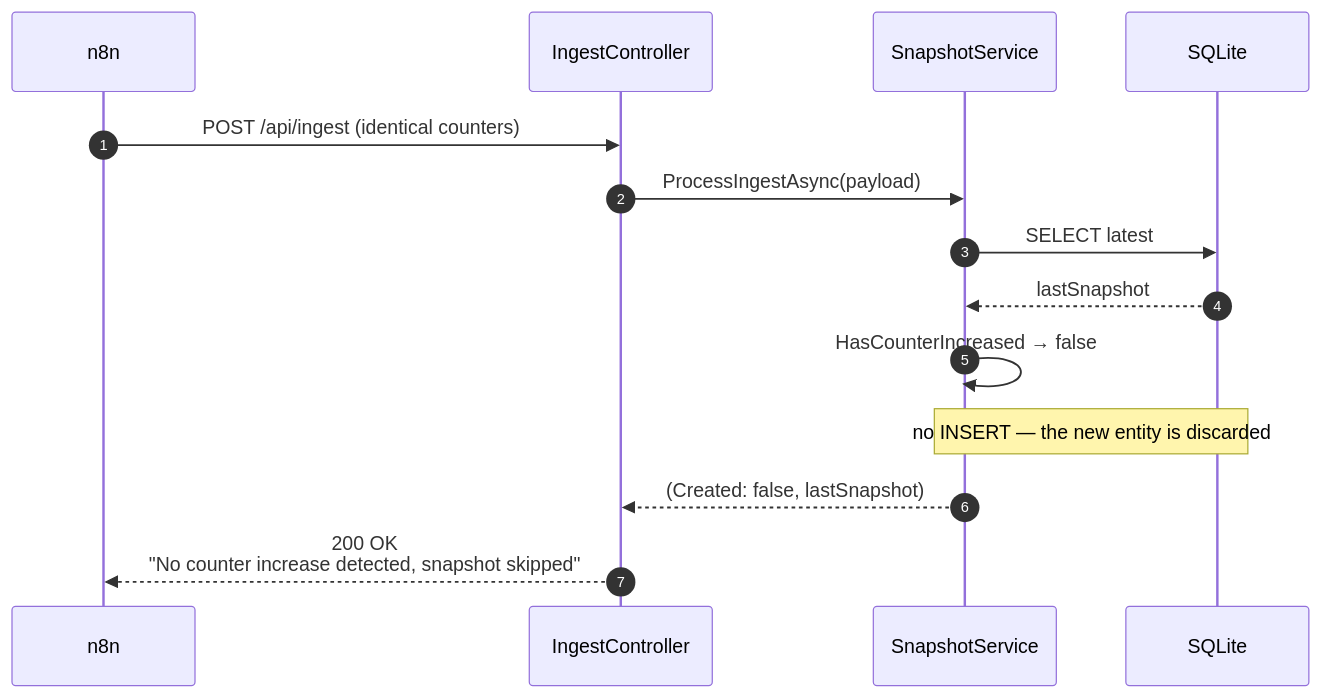
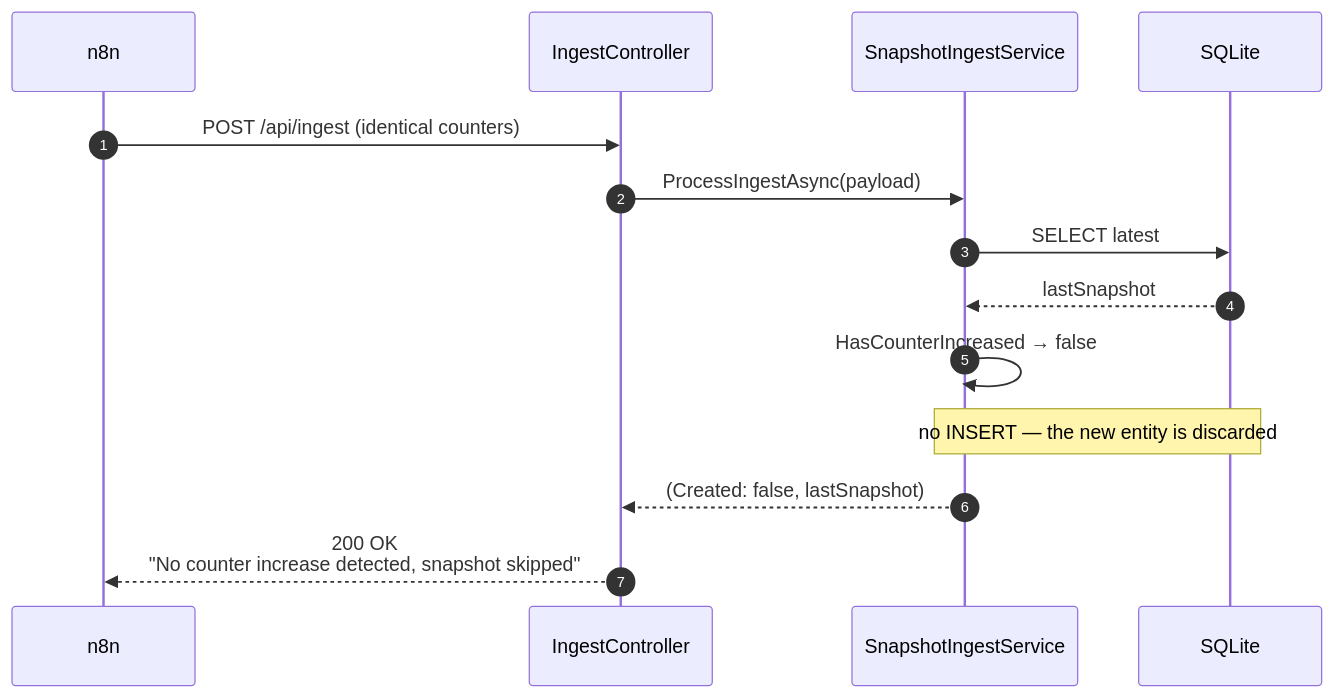
One commit to Gereon93/coffee changed the second of 7 diagrams in doc/arc42/06-runtime.md. Above: the diagram before and after it, drawn with Mermaid. The commit also changed other lines of this file and 34 other files, not shown here.

First line of the commit message:
refactor(api): SnapshotService in vier Verantwortlichkeiten schneiden (TD-12/13/14) (#44)

````diff
--- a/doc/arc42/06-runtime.md
+++ b/doc/arc42/06-runtime.md
@@ -36,17 +36,17 @@
 ```mermaid
 sequenceDiagram
     autonumber
     participant N as n8n
     participant C as IngestController
-    participant S as SnapshotService
+    participant S as SnapshotIngestService
     participant DB as SQLite
 
     N->>C: POST /api/ingest (identical counters)
     C->>S: ProcessIngestAsync(payload)
     S->>DB: SELECT latest
     DB-->>S: lastSnapshot
     S->>S: HasCounterIncreased → false
     Note over S,DB: no INSERT — the new entity is discarded
     S-->>C: (Created: false, lastSnapshot)
     C-->>N: 200 OK<br/>"No counter increase detected, snapshot skipped"
 ```
````
